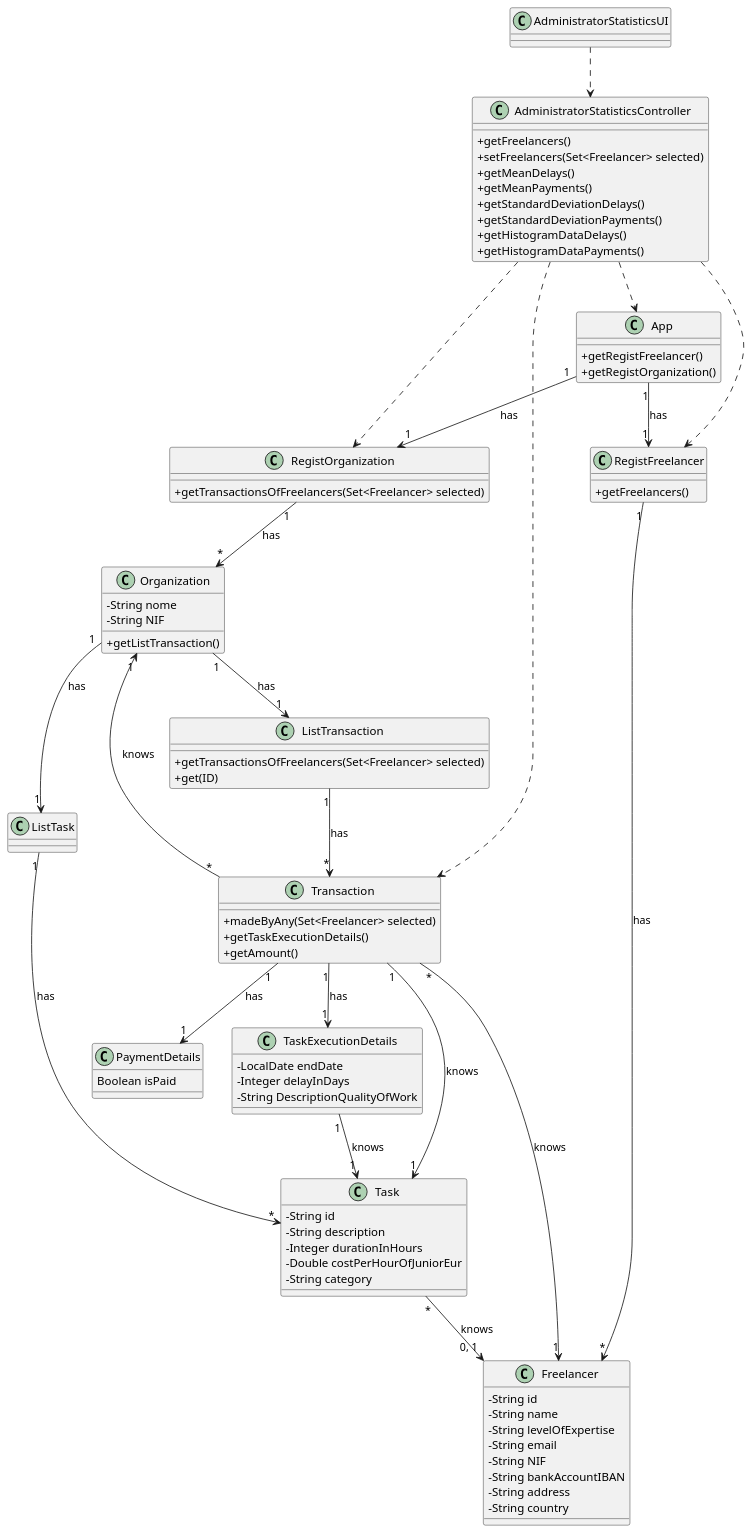
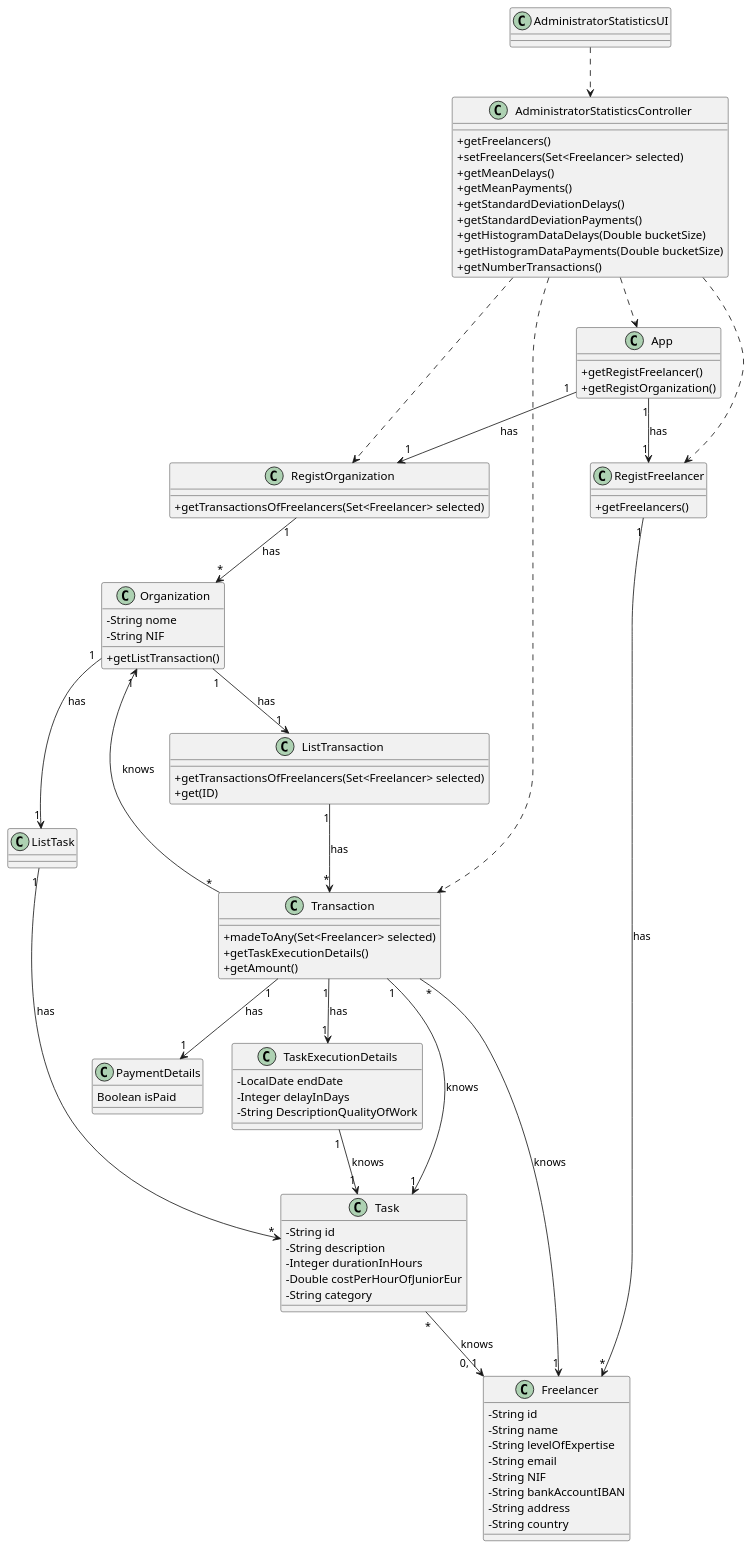
One commit to botelho-io/lapr2-2020-g029 changed the diagram in docs/UC_09/CD.puml. Above: the diagram before and after it, drawn with PlantUML. The commit also changed 36 other files, not shown here.

```diff
--- a/docs/UC_09/CD.puml
+++ b/docs/UC_09/CD.puml
@@ -1,106 +1,107 @@
 @startuml CD
 skinparam classAttributeIconSize 0
 top to bottom direction
 
 class AdministratorStatisticsUI {
 
 }
 
 class AdministratorStatisticsController {
         + getFreelancers()
         + setFreelancers(Set<Freelancer> selected)
         + getMeanDelays()
         + getMeanPayments()
         + getStandardDeviationDelays()
         + getStandardDeviationPayments()
-        + getHistogramDataDelays()
-        + getHistogramDataPayments()
+        + getHistogramDataDelays(Double bucketSize)
+        + getHistogramDataPayments(Double bucketSize)
+        + getNumberTransactions()
 }
 
 AdministratorStatisticsUI ..> AdministratorStatisticsController
 
 class App {
         + getRegistFreelancer()
         + getRegistOrganization()
 }
 
 AdministratorStatisticsController ..> App
 
 class RegistFreelancer {
         + getFreelancers()
 }
 
 AdministratorStatisticsController ..> RegistFreelancer
 
 class RegistOrganization {
         + getTransactionsOfFreelancers(Set<Freelancer> selected)
 }
 
 AdministratorStatisticsController ..> RegistOrganization
 
 class Organization {
         - String nome
         - String NIF
 
         + getListTransaction()
 }
 
 class ListTransaction {
         + getTransactionsOfFreelancers(Set<Freelancer> selected)
         + get(ID)
 }
 
 class Transaction {
-        + madeByAny(Set<Freelancer> selected)
+        + madeToAny(Set<Freelancer> selected)
         + getTaskExecutionDetails()
         + getAmount()
 }
 
 AdministratorStatisticsController ..> Transaction
 
 class Task {
         - String id
         - String description
         - Integer durationInHours
         - Double costPerHourOfJuniorEur
         - String category
 }
 
 class TaskExecutionDetails {
         - LocalDate endDate
         - Integer delayInDays
         - String DescriptionQualityOfWork
 }
 
 class Freelancer {
         - String id
         - String name
         - String levelOfExpertise
         - String email
         - String NIF
         - String bankAccountIBAN
         - String address
         - String country
 }
 
 class PaymentDetails {
         Boolean isPaid
 }
 
 Transaction                  "1" --> "1"      Task                      : knows
 Transaction                  "*" --> "1"      Freelancer                : knows
 Transaction                  "*" --> "1"      Organization              : knows
 Transaction                  "1" --> "1"      TaskExecutionDetails      : has
 TaskExecutionDetails         "1" --> "1"      Task                      : knows
 Organization                 "1" --> "1"      ListTask                  : has
 ListTask                     "1" --> "*"      Task                      : has
 Organization                 "1" --> "1"      ListTransaction           : has
 ListTransaction              "1" --> "*"      Transaction               : has
 Task                         "*" --> "0, 1"   Freelancer                : knows
 App                          "1" --> "1"      RegistOrganization        : has
 RegistOrganization           "1" --> "*"      Organization              : has
 App                          "1" --> "1"      RegistFreelancer          : has
 RegistFreelancer             "1" --> "*"      Freelancer                : has
 Transaction                  "1" --> "1"      PaymentDetails            : has
 
 @enduml
```
